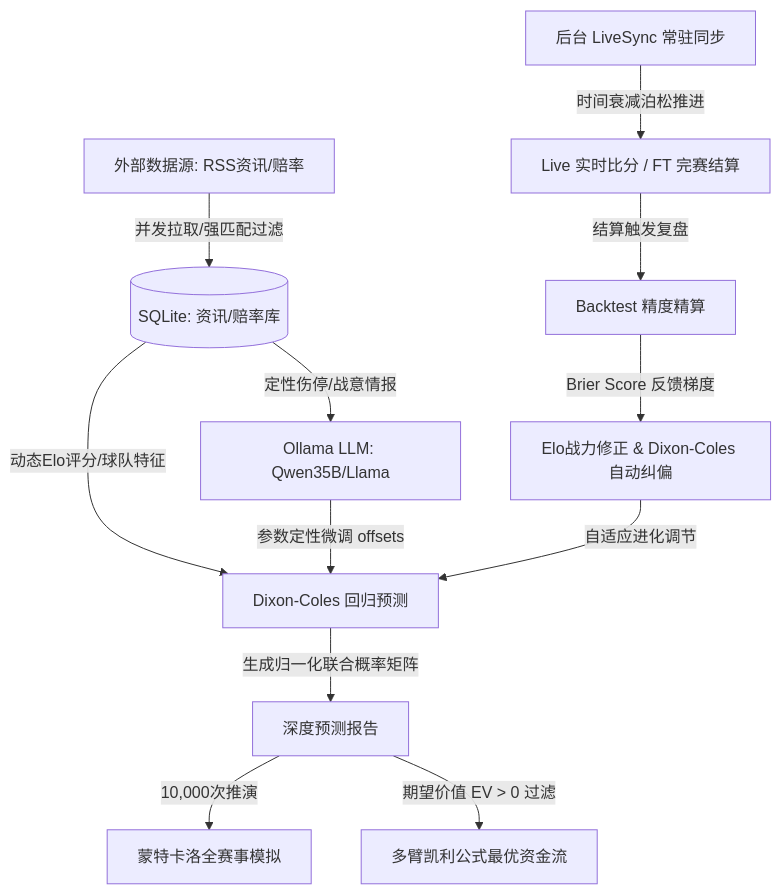
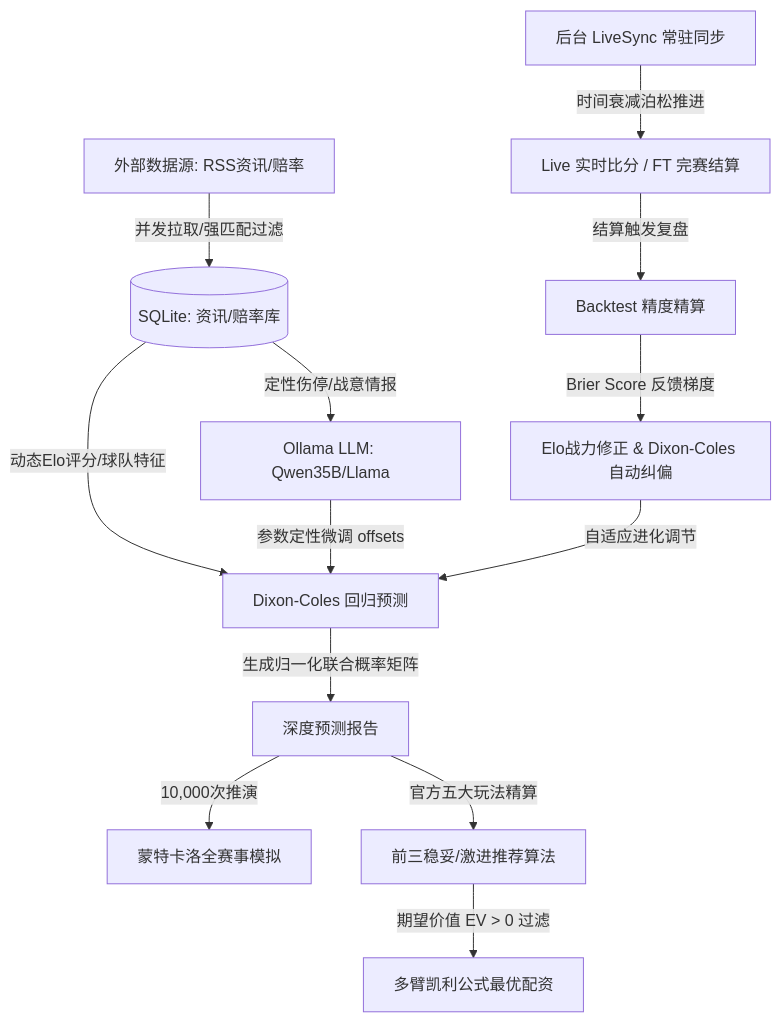
Before and after one commit to iBubble/fifa2026: the diagram in README.md, drawn with Mermaid. The commit also changed other lines of this file and 17 other files, not shown here.

````diff
--- a/README.md
+++ b/README.md
@@ -20,15 +20,16 @@
 ```mermaid
 graph TD
     A[外部数据源: RSS资讯/赔率] -->|并发拉取/强匹配过滤| B[(SQLite: 资讯/赔率库)]
     B -->|定性伤停/战意情报| C[Ollama LLM: Qwen35B/Llama]
     B -->|动态Elo评分/球队特征| D[Dixon-Coles 回归预测]
     C -->|参数定性微调 offsets| D
     D -->|生成归一化联合概率矩阵| E[深度预测报告]
     E -->|10,000次推演| F[蒙特卡洛全赛事模拟]
-    E -->|期望价值 EV > 0 过滤| G[多臂凯利公式最优资金流]
+    E -->|官方五大玩法精算| G[前三稳妥/激进推荐算法]
+    G -->|期望价值 EV > 0 过滤| H[多臂凯利公式最优配资]
     
-    H[后台 LiveSync 常驻同步] -->|时间衰减泊松推进| I[Live 实时比分 / FT 完赛结算]
-    I -->|结算触发复盘| J[Backtest 精度精算]
-    J -->|Brier Score 反馈梯度| K[Elo战力修正 & Dixon-Coles 自动纠偏]
-    K -->|自适应进化调节| D
+    I[后台 LiveSync 常驻同步] -->|时间衰减泊松推进| J[Live 实时比分 / FT 完赛结算]
+    J -->|结算触发复盘| K[Backtest 精度精算]
+    K -->|Brier Score 反馈梯度| L[Elo战力修正 & Dixon-Coles 自动纠偏]
+    L -->|自适应进化调节| D
 ```
````
